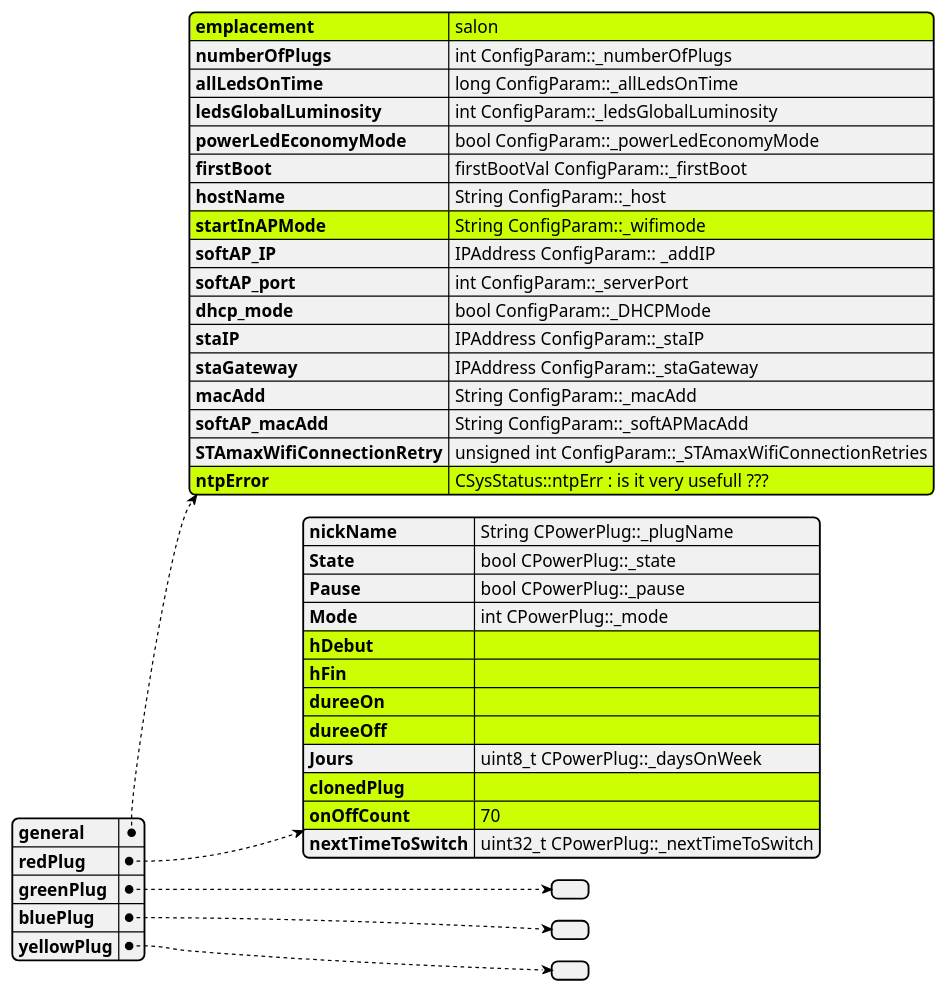
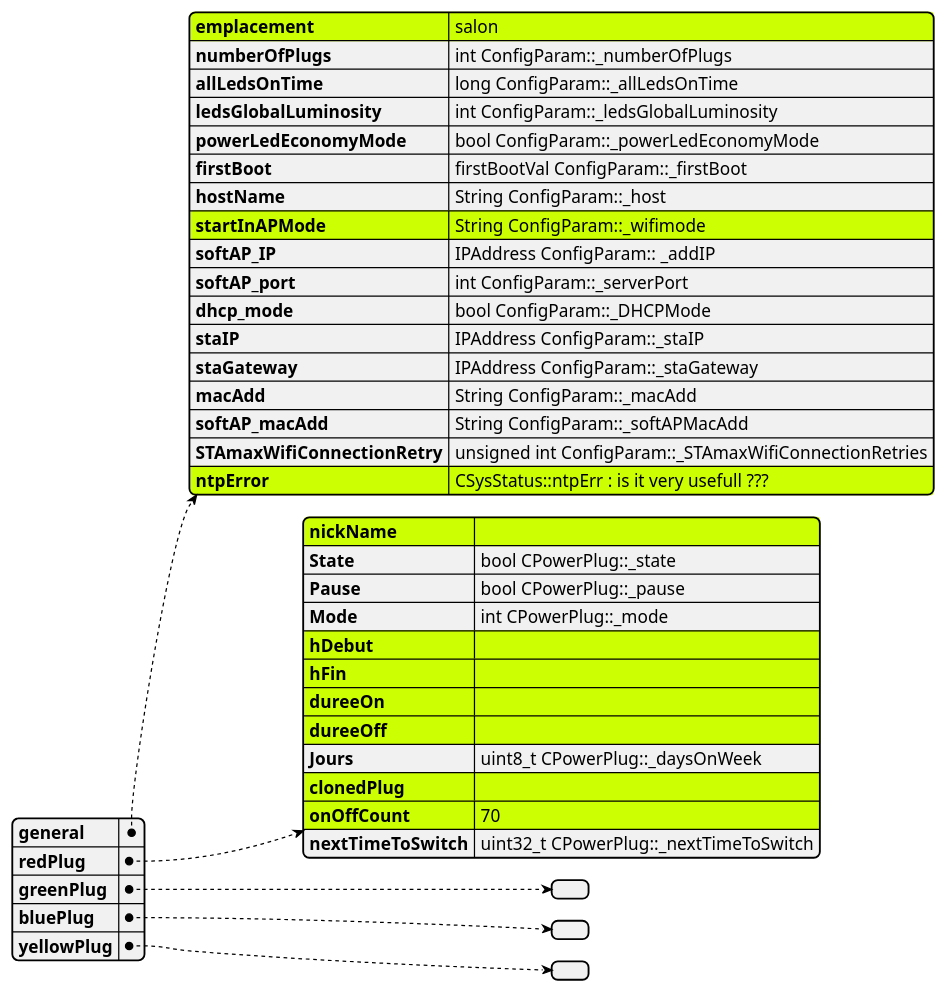
Before and after one commit to volab/IoT_EPS: the diagram in _1_userDoc/source/graphviz/config4jsonVsVariables.wsd, drawn with PlantUML. The commit also changed 7 other files, not shown here.

```diff
--- a/_1_userDoc/source/graphviz/config4jsonVsVariables.wsd
+++ b/_1_userDoc/source/graphviz/config4jsonVsVariables.wsd
@@ -1,56 +1,57 @@
 @startjson
 #highlight "general" / "emplacement"
 #highlight "general" / "ntpError"
 #highlight "general" / "_clé à créer 1_"
 #highlight "general" / "startInAPMode"
+#highlight "redPlug" / "nickName"
 #highlight "redPlug" / "hDebut"
 #highlight "redPlug" / "hFin"
 #highlight "redPlug" / "dureeOn"
 #highlight "redPlug" / "dureeOff"
 #highlight "redPlug" / "clonedPlug"
 #highlight "redPlug" / "onOffCount"
 
 {
   "general": {
     "emplacement": "salon",
     "numberOfPlugs": "int ConfigParam::_numberOfPlugs",
     "allLedsOnTime": "long ConfigParam::_allLedsOnTime",
     "ledsGlobalLuminosity": "int ConfigParam::_ledsGlobalLuminosity",
     "powerLedEconomyMode": "bool ConfigParam::_powerLedEconomyMode",
     "firstBoot": "firstBootVal ConfigParam::_firstBoot",
     "hostName": "String ConfigParam::_host",
     "startInAPMode": "String ConfigParam::_wifimode",
     "softAP_IP": "IPAddress ConfigParam:: _addIP",
     "softAP_port": "int ConfigParam::_serverPort",
     "dhcp_mode": "bool ConfigParam::_DHCPMode",
     "staIP": "IPAddress ConfigParam::_staIP",
     "staGateway": "IPAddress ConfigParam::_staGateway",
     "macAdd": "String ConfigParam::_macAdd",
     "softAP_macAdd": "String ConfigParam::_softAPMacAdd",
     "STAmaxWifiConnectionRetry": "unsigned int ConfigParam::_STAmaxWifiConnectionRetries",
     "ntpError": "CSysStatus::ntpErr : is it very usefull ???"
     
   },
   "redPlug": {
-    "nickName": "String CPowerPlug::_plugName",
+    "nickName": "",
     "State": "bool CPowerPlug::_state",
     "Pause": "bool CPowerPlug::_pause",
     "Mode": "int CPowerPlug::_mode",
     "hDebut": "",
     "hFin": "",
     "dureeOn": "",
     "dureeOff": "",
     "Jours": "uint8_t CPowerPlug::_daysOnWeek",
     "clonedPlug": "",
     "onOffCount": "70",
     "nextTimeToSwitch": "uint32_t CPowerPlug::_nextTimeToSwitch"
   },
   "greenPlug": {
   },
   "bluePlug": {
   },
   "yellowPlug": {
   }
 }
 
 @endjson
```
